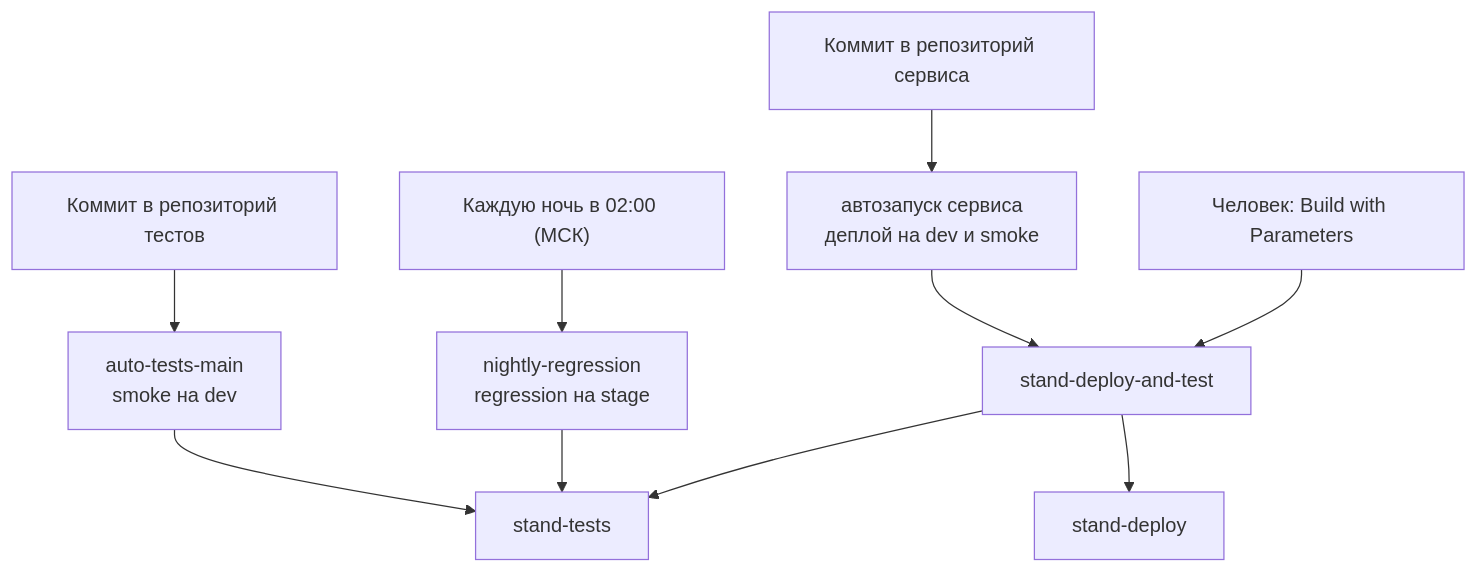
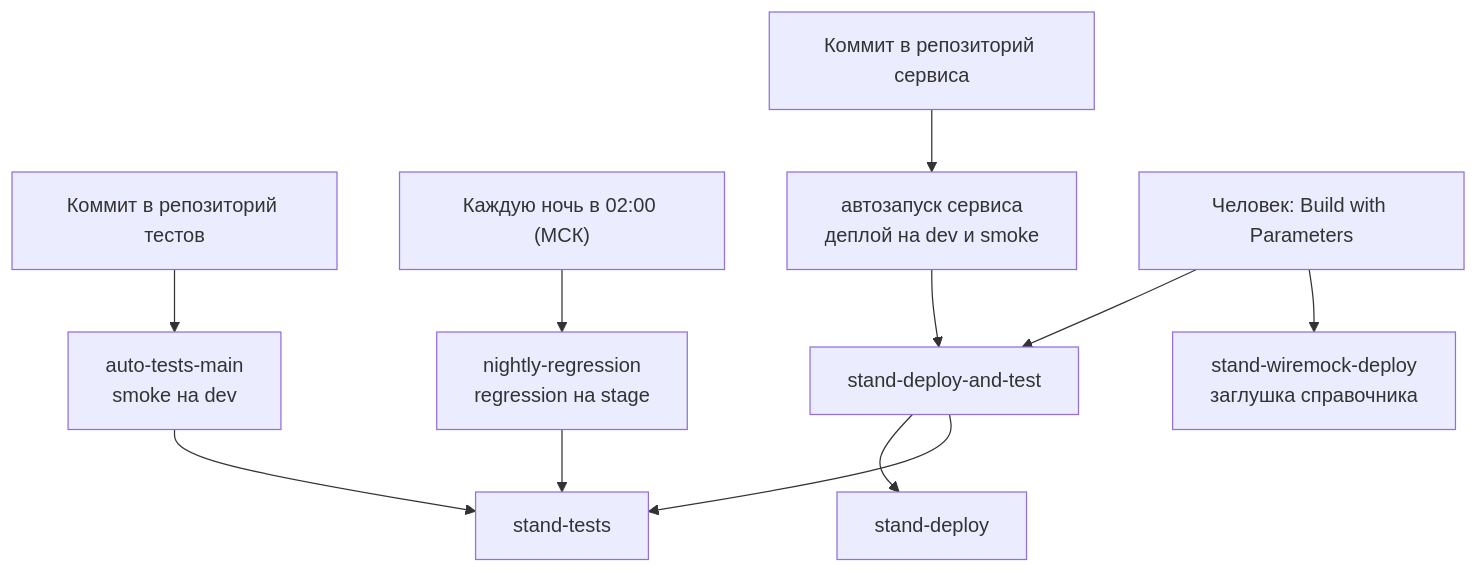
The seventh of 8 diagrams in README.md (ArtemKarDev/task-api-tests), drawn with Mermaid before and after one commit. The commit also changed other lines of this file, not shown here.

````diff
--- a/README.md
+++ b/README.md
@@ -675,12 +878,13 @@
 ```mermaid
 flowchart TD
     GT["Коммит в репозиторий тестов"] --> AT["auto-tests-main<br/>smoke на dev"]
     NI["Каждую ночь в 02:00 (МСК)"] --> NR["nightly-regression<br/>regression на stage"]
     GS["Коммит в репозиторий сервиса"] --> AS["автозапуск сервиса<br/>деплой на dev и smoke"]
     MAN["Человек: Build with Parameters"] --> SDT["stand-deploy-and-test"]
     AT --> ST["stand-tests"]
     NR --> ST
     AS --> SDT
     SDT --> SD["stand-deploy"]
     SDT --> ST
+    MAN --> SWD["stand-wiremock-deploy<br/>заглушка справочника"]
 ```
````
